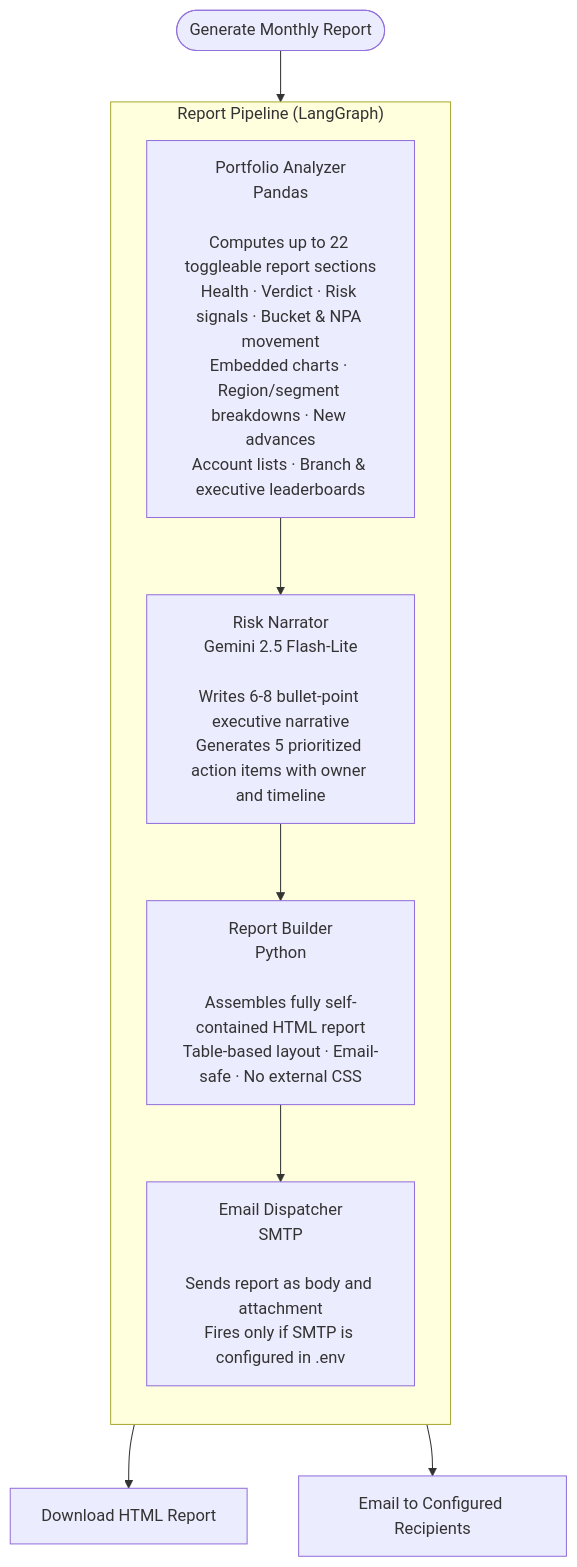
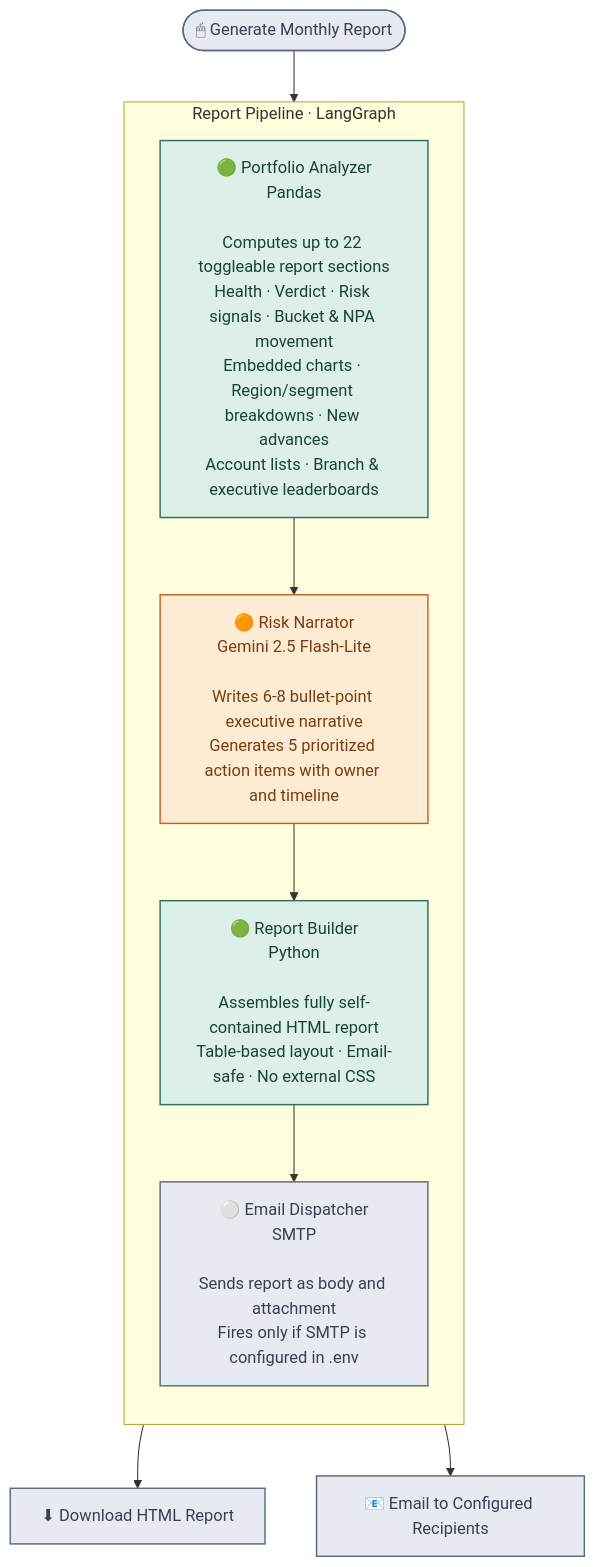
The second of 3 diagrams in README.md (Sanjay-00/CollectionIQ), drawn with Mermaid before and after one commit. The commit also changed other lines of this file, not shown here.

Commit message:
Updated Architecture

````diff
--- a/README.md
+++ b/README.md
@@ -285,18 +305,23 @@
 ```mermaid
 flowchart TD
-    Trigger(["Generate Monthly Report"])
+    Trigger(["🖱 Generate Monthly Report"]) --> PA
 
-    Trigger --> PA
-
-    subgraph RP ["  Report Pipeline  (LangGraph)  "]
+    subgraph RP ["  Report Pipeline · LangGraph  "]
         direction TB
-        PA["Portfolio Analyzer\nPandas\n\nComputes up to 22 toggleable report sections\nHealth · Verdict · Risk signals · Bucket & NPA movement\nEmbedded charts · Region/segment breakdowns · New advances\nAccount lists · Branch & executive leaderboards"]
-        RN["Risk Narrator\nGemini 2.5 Flash-Lite\n\nWrites 6-8 bullet-point executive narrative\nGenerates 5 prioritized action items with owner and timeline"]
-        RB["Report Builder\nPython\n\nAssembles fully self-contained HTML report\nTable-based layout · Email-safe · No external CSS"]
-        ED["Email Dispatcher\nSMTP\n\nSends report as body and attachment\nFires only if SMTP is configured in .env"]
+        PA["🟢 Portfolio Analyzer\nPandas\n\nComputes up to 22 toggleable report sections\nHealth · Verdict · Risk signals · Bucket & NPA movement\nEmbedded charts · Region/segment breakdowns · New advances\nAccount lists · Branch & executive leaderboards"]
+        RN["🟠 Risk Narrator\nGemini 2.5 Flash-Lite\n\nWrites 6-8 bullet-point executive narrative\nGenerates 5 prioritized action items with owner and timeline"]
+        RB["🟢 Report Builder\nPython\n\nAssembles fully self-contained HTML report\nTable-based layout · Email-safe · No external CSS"]
+        ED["⚪ Email Dispatcher\nSMTP\n\nSends report as body and attachment\nFires only if SMTP is configured in .env"]
         PA --> RN --> RB --> ED
     end
 
-    RB --> DL["Download HTML Report"]
-    ED --> EM["Email to Configured Recipients"]
+    RB --> DL["⬇ Download HTML Report"]
+    ED --> EM["📧 Email to Configured Recipients"]
+
+    classDef llm fill:#FDEBD3,stroke:#C1611D,color:#7A3D0F,stroke-width:1.4px;
+    classDef det fill:#DCEFE9,stroke:#2F6F5E,color:#1C4238,stroke-width:1.4px;
+    classDef neutral fill:#E7EAF0,stroke:#5B6B7F,color:#37414F,stroke-width:1.4px;
+    class RN llm;
+    class PA,RB det;
+    class Trigger,ED,DL,EM neutral;
 ```
````
